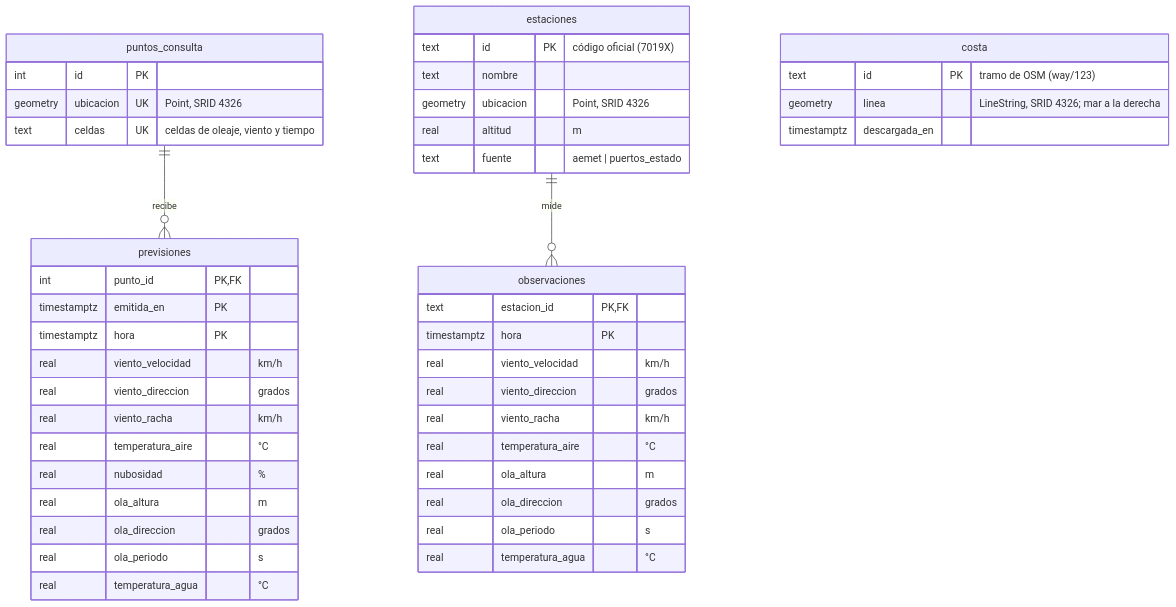
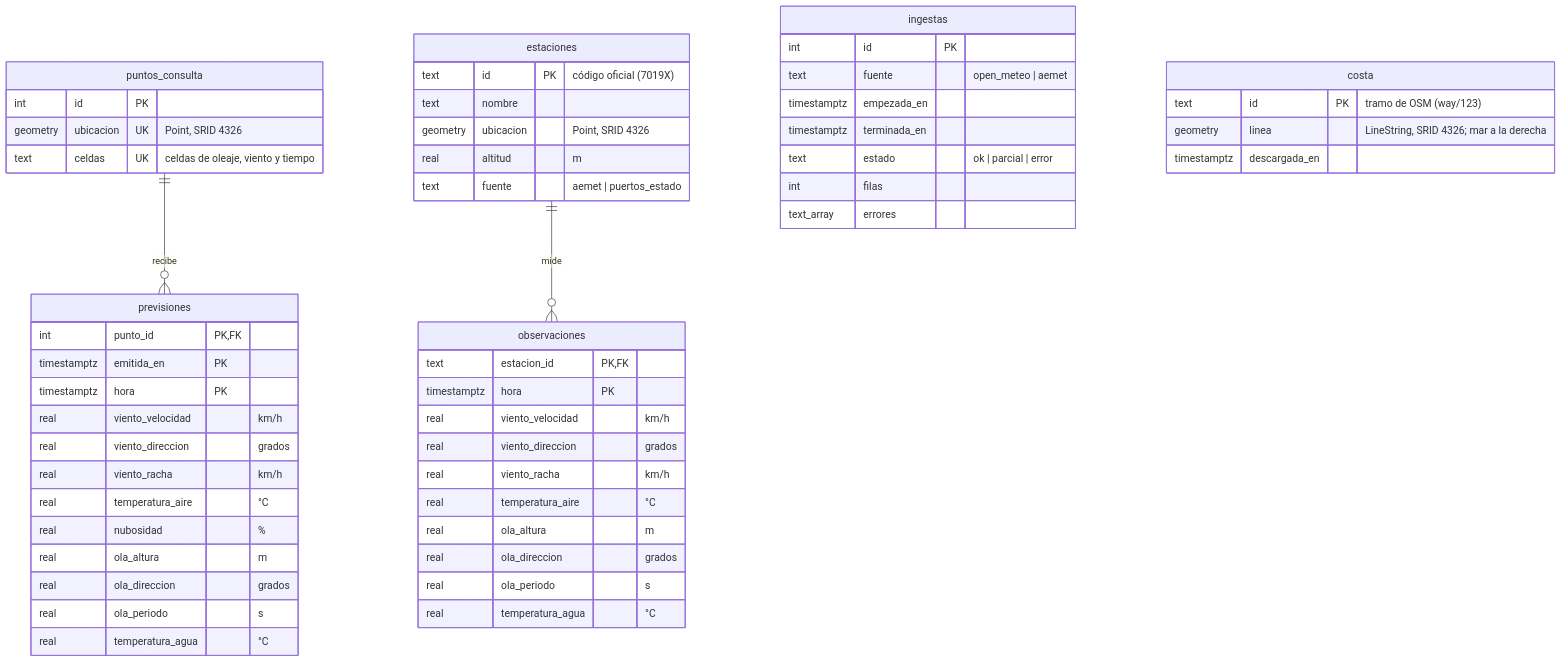
One commit to pdawgabriel-hub/playa-hoy changed the second of 2 diagrams in docs/modelo-datos.md. Above: the diagram before and after it, drawn with Mermaid. The commit also changed other lines of this file and 13 other files, not shown here.

Commit message:
feat(jobs): añadir reintentos y registro de errores por fuente

````diff
--- a/docs/modelo-datos.md
+++ b/docs/modelo-datos.md
@@ -96,53 +96,63 @@
 ```mermaid
 erDiagram
     puntos_consulta ||--o{ previsiones : "recibe"
     estaciones ||--o{ observaciones : "mide"
 
     puntos_consulta {
         int id PK
         geometry ubicacion UK "Point, SRID 4326"
         text celdas UK "celdas de oleaje, viento y tiempo"
     }
 
     previsiones {
         int punto_id PK, FK
         timestamptz emitida_en PK
         timestamptz hora PK
         real viento_velocidad "km/h"
         real viento_direccion "grados"
         real viento_racha "km/h"
         real temperatura_aire "°C"
         real nubosidad "%"
         real ola_altura "m"
         real ola_direccion "grados"
         real ola_periodo "s"
         real temperatura_agua "°C"
     }
 
     estaciones {
         text id PK "código oficial (7019X)"
         text nombre
         geometry ubicacion "Point, SRID 4326"
         real altitud "m"
         text fuente "aemet | puertos_estado"
     }
 
     observaciones {
         text estacion_id PK, FK
         timestamptz hora PK
         real viento_velocidad "km/h"
         real viento_direccion "grados"
         real viento_racha "km/h"
         real temperatura_aire "°C"
         real ola_altura "m"
         real ola_direccion "grados"
         real ola_periodo "s"
         real temperatura_agua "°C"
     }
 
+    ingestas {
+        int id PK
+        text fuente "open_meteo | aemet"
+        timestamptz empezada_en
+        timestamptz terminada_en
+        text estado "ok | parcial | error"
+        int filas
+        text_array errores
+    }
+
     costa {
         text id PK "tramo de OSM (way/123)"
         geometry linea "LineString, SRID 4326; mar a la derecha"
         timestamptz descargada_en
     }
 ```
````
